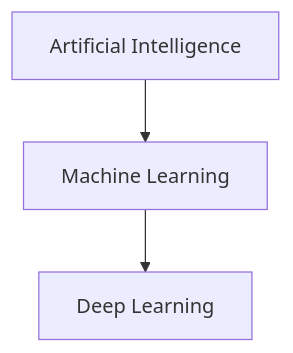
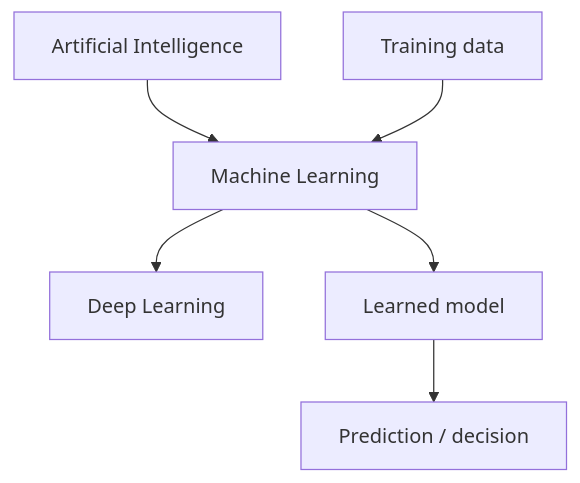
Before and after one commit to AayamPokhrel/SEMESTER-IV-NOTES: the first of 8 diagrams in AI/MardDownFiles/Unit-5-Machine-Learning.md, drawn with Mermaid. The commit also changed other lines of this file, not shown here.

````diff
--- a/AI/MardDownFiles/Unit-5-Machine-Learning.md
+++ b/AI/MardDownFiles/Unit-5-Machine-Learning.md
@@ -5,5 +9,8 @@
 ```mermaid
 flowchart TD
     AI[Artificial Intelligence] --> ML[Machine Learning]
     ML --> DL[Deep Learning]
+    Data[Training data] --> ML
+    ML --> Model[Learned model]
+    Model --> Prediction[Prediction / decision]
 ```
````
